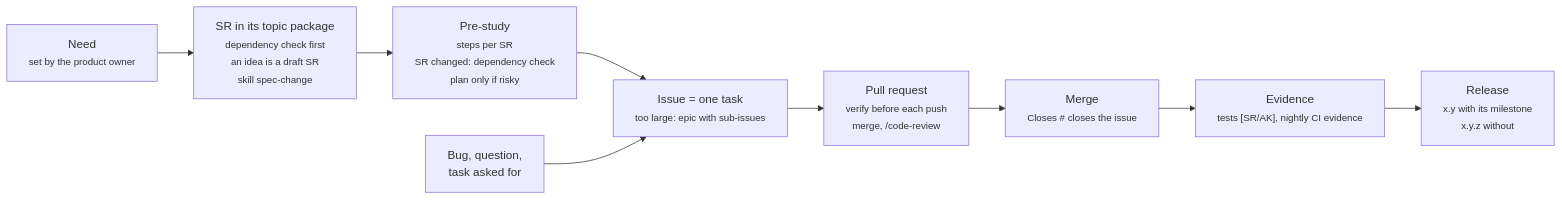
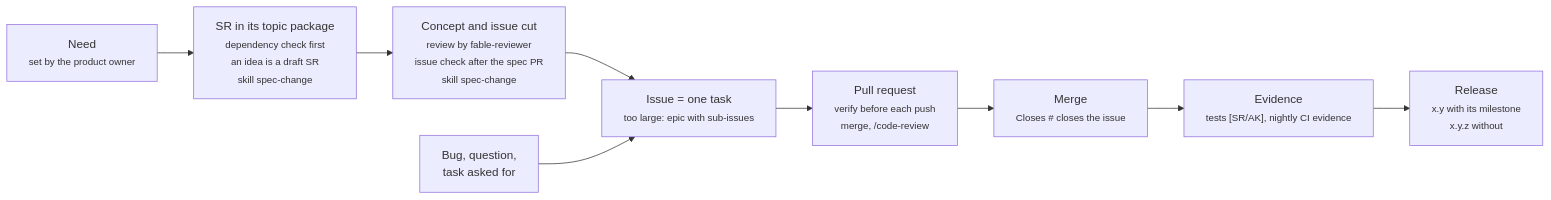
Before and after one commit to ThomasBirkmaier/ReqSeq: the diagram in docs/process.md, drawn with Mermaid. The commit also changed other lines of this file and 5 other files, not shown here.

First line of the commit message:
docs(rules): one numbered spec-change path with mockup and issue check

````diff
--- a/docs/process.md
+++ b/docs/process.md
@@ -5,16 +5,16 @@
 ```mermaid
 flowchart LR
   need["Need<br/><small>set by the product owner</small>"]
   sr["SR in its topic package<br/><small>dependency check first<br/>an idea is a draft SR<br/>skill spec-change</small>"]
-  study["Pre-study<br/><small>steps per SR<br/>SR changed: dependency check<br/>plan only if risky</small>"]
+  study["Concept and issue cut<br/><small>review by fable-reviewer<br/>issue check after the spec PR<br/>skill spec-change</small>"]
   entry["Bug, question,<br/>task asked for"]
   issue["Issue = one task<br/><small>too large: epic with sub-issues</small>"]
   pr["Pull request<br/><small>verify before each push<br/>merge, /code-review</small>"]
   merged["Merge<br/><small>Closes # closes the issue</small>"]
   evidence["Evidence<br/><small>tests [SR/AK], nightly CI evidence</small>"]
   release["Release<br/><small>x.y with its milestone<br/>x.y.z without</small>"]
 
   need --> sr --> study --> issue
   entry --> issue
   issue --> pr --> merged --> evidence --> release
 ```
````
